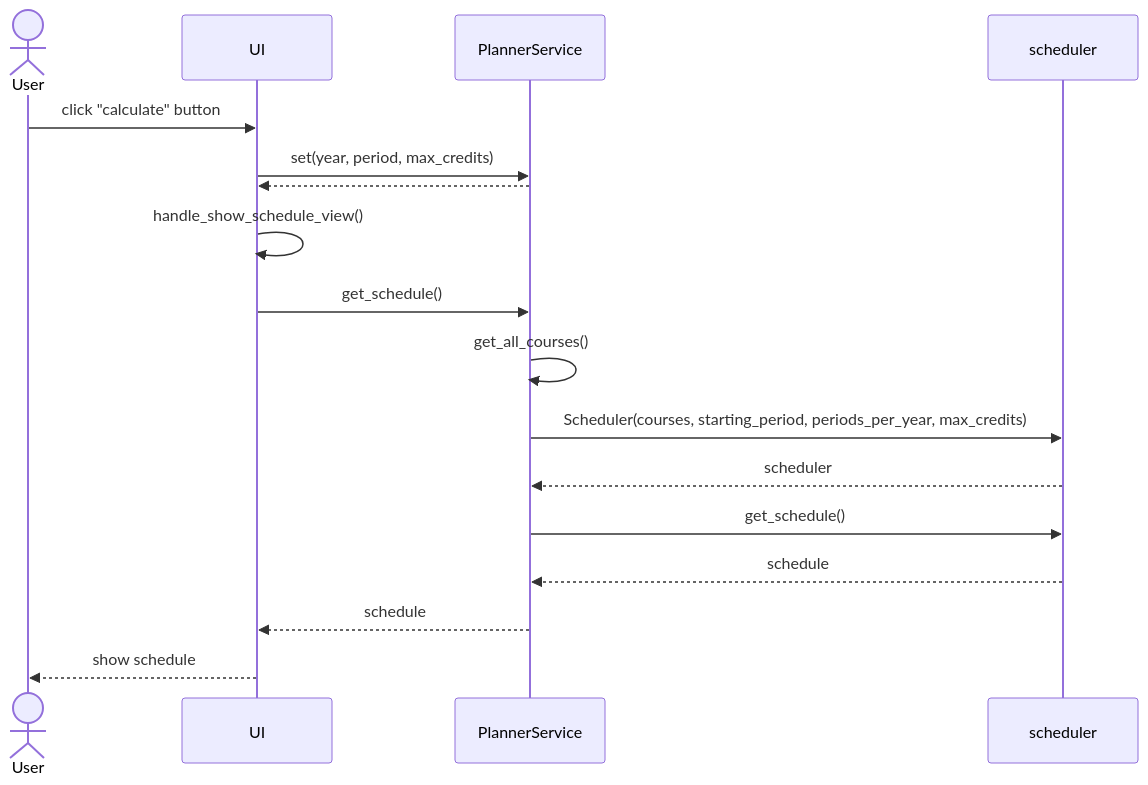
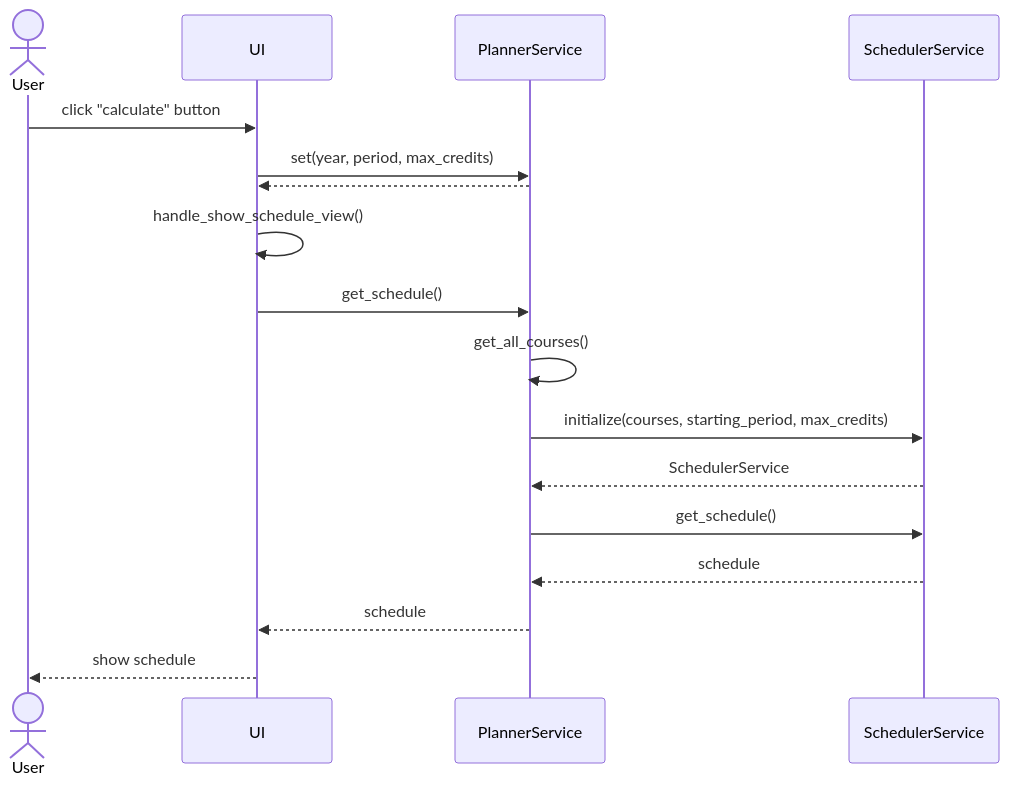
One commit to TheJiahao/ohte-harjoitustyo changed the fifth of 7 diagrams in dokumentaatio/arkkitehtuuri.md. Above: the diagram before and after it, drawn with Mermaid. The commit also changed other lines of this file and 4 other files, not shown here.

````diff
--- a/dokumentaatio/arkkitehtuuri.md
+++ b/dokumentaatio/arkkitehtuuri.md
@@ -152,18 +203,18 @@
 ```mermaid
 sequenceDiagram
 actor User
 
 User ->> UI: click "calculate" button
 UI ->> PlannerService: set(year, period, max_credits)
 PlannerService -->> UI: 
 UI ->> UI: handle_show_schedule_view()
 UI ->> PlannerService: get_schedule()
 PlannerService ->> PlannerService: get_all_courses()
-PlannerService ->> scheduler: Scheduler(courses, starting_period, periods_per_year, max_credits)
-scheduler -->> PlannerService: scheduler
-PlannerService ->> scheduler: get_schedule()
-scheduler -->> PlannerService: schedule
+PlannerService ->> SchedulerService: initialize(courses, starting_period, max_credits)
+SchedulerService -->> PlannerService: SchedulerService
+PlannerService ->> SchedulerService: get_schedule()
+SchedulerService -->> PlannerService: schedule
 
 PlannerService -->> UI: schedule
 UI -->> User: show schedule
 ```
````
